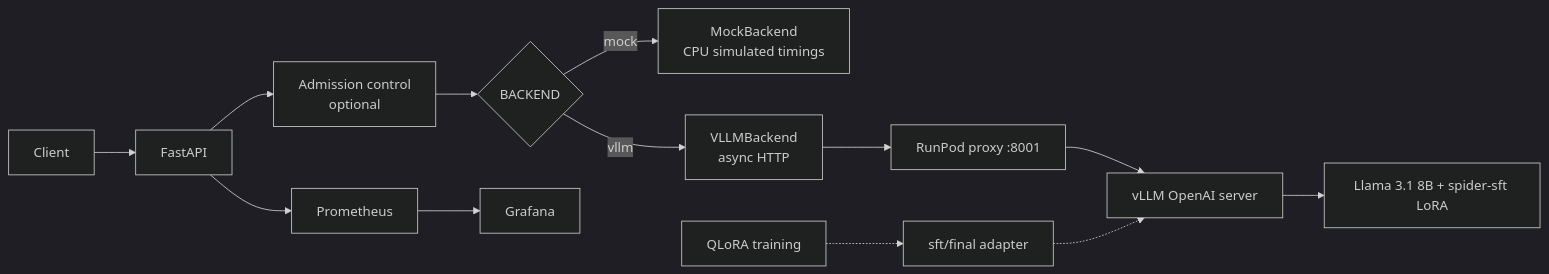
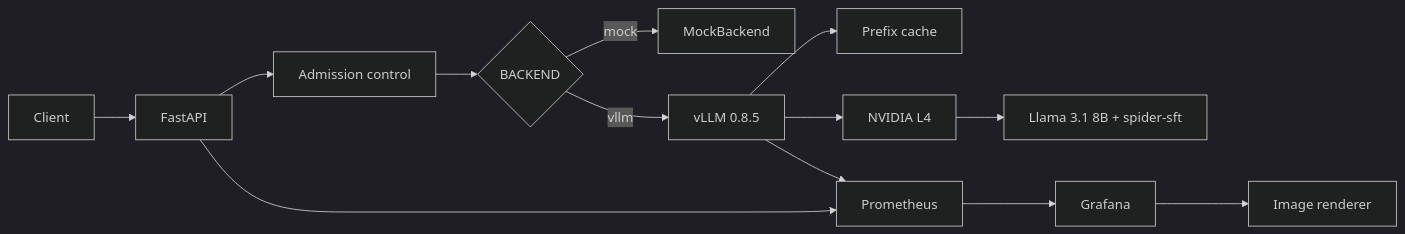
The diagram in README.md (abdullahkhaja/llm-inference-platform), drawn with Mermaid (dark theme) before and after one commit. The commit also changed other lines of this file and 4 other files, not shown here.

````diff
--- a/README.md
+++ b/README.md
@@ -64,15 +32,15 @@
 ```mermaid
 flowchart LR
   Client[Client] --> API[FastAPI]
-  API --> Admit[Admission control<br/>optional]
+  API --> Admit[Admission control]
   Admit --> Sel{BACKEND}
-  Sel -->|mock| Mock[MockBackend<br/>CPU simulated timings]
-  Sel -->|vllm| Remote[VLLMBackend<br/>async HTTP]
-  Remote --> Pod[RunPod proxy :8001]
-  Pod --> Engine[vLLM OpenAI server]
-  Engine --> Model[Llama 3.1 8B + spider-sft LoRA]
-  Train[QLoRA training] -.-> Adapter[sft/final adapter]
-  Adapter -.-> Engine
+  Sel -->|mock| Mock[MockBackend]
+  Sel -->|vllm| Engine[vLLM 0.8.5]
+  Engine --> Cache[Prefix cache]
+  Engine --> GPU[NVIDIA L4]
+  GPU --> Model[Llama 3.1 8B + spider-sft]
   API --> Prom[Prometheus]
+  Engine --> Prom
   Prom --> Graf[Grafana]
+  Graf --> Rend[Image renderer]
 ```
````
